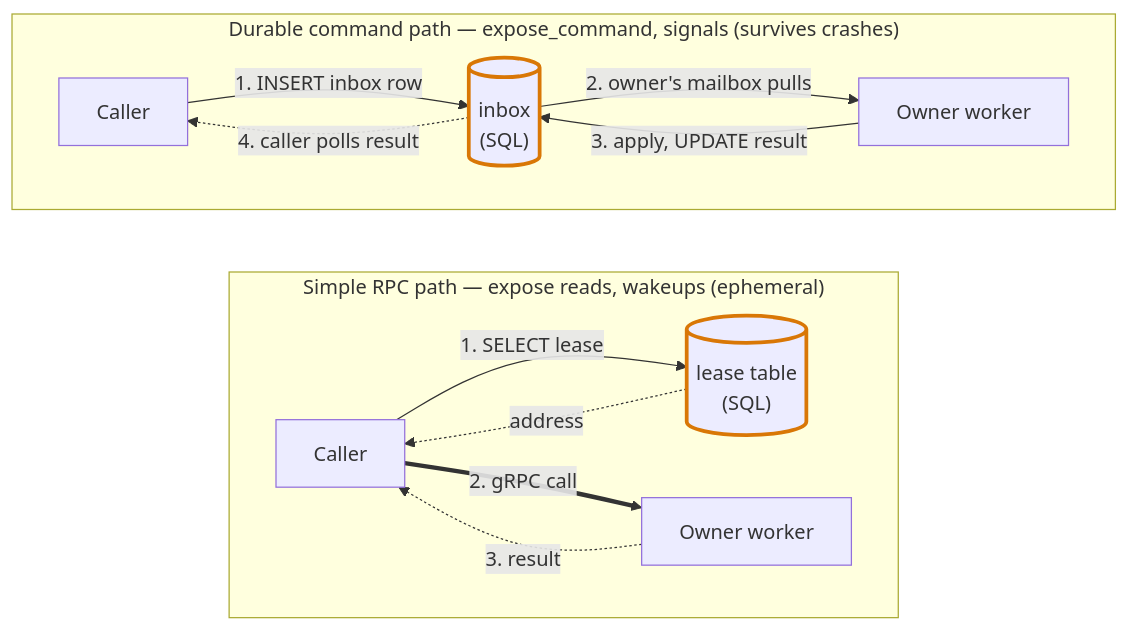
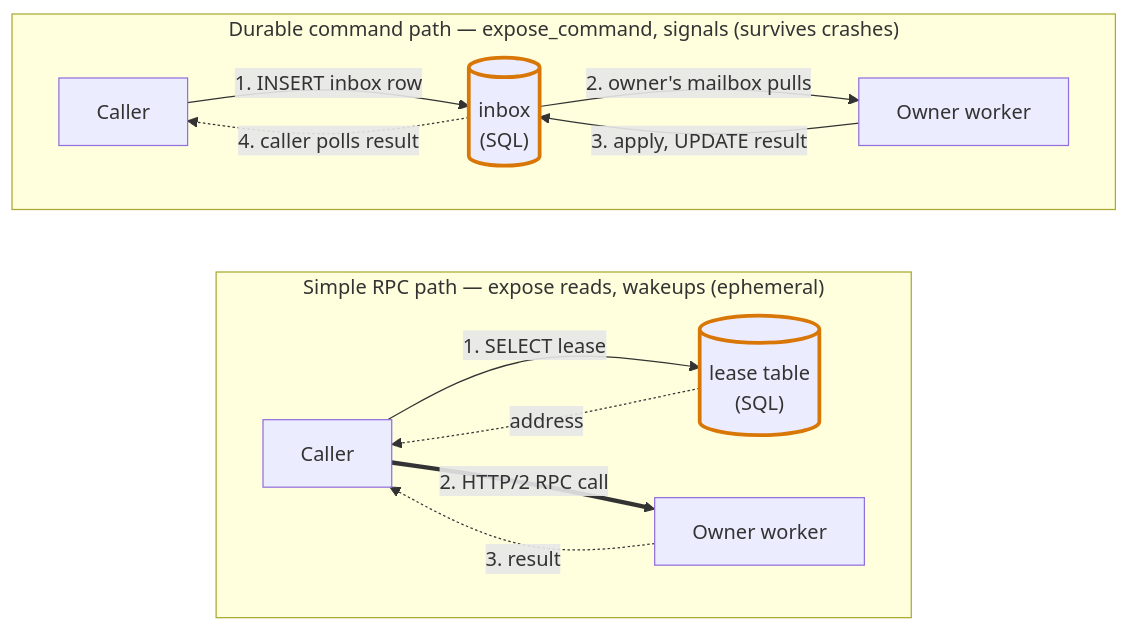
The second of 3 diagrams in docs/content/cluster-rpc.md (harrymees/durababble), drawn with Mermaid before and after one commit. The commit also changed other lines of this file and 15 other files, not shown here.

````diff
--- a/docs/content/cluster-rpc.md
+++ b/docs/content/cluster-rpc.md
@@ -56,23 +56,23 @@
 ```mermaid
 flowchart TB
     subgraph durable["Durable command path — expose_command, signals (survives crashes)"]
         direction LR
         DC1["Caller"] -->|"1. INSERT inbox row"| DCDB[("inbox<br/>(SQL)")]
         DCDB -->|"2. owner's mailbox pulls"| DCO["Owner worker"]
         DCO -->|"3. apply, UPDATE result"| DCDB
         DCDB -.->|"4. caller polls result"| DC1
     end
 
     durable ~~~ simple
 
     subgraph simple["Simple RPC path — expose reads, wakeups (ephemeral)"]
         direction LR
         SC1["Caller"] -->|"1. SELECT lease"| SLDB[("lease table<br/>(SQL)")]
         SLDB -.->|"address"| SC1
-        SC1 ==>|"2. gRPC call"| SO["Owner worker"]
+        SC1 ==>|"2. HTTP/2 RPC call"| SO["Owner worker"]
         SO -.->|"3. result"| SC1
     end
 
     classDef sqlNode stroke:#d97706,stroke-width:3px
     class DCDB,SLDB sqlNode
 ```
````
